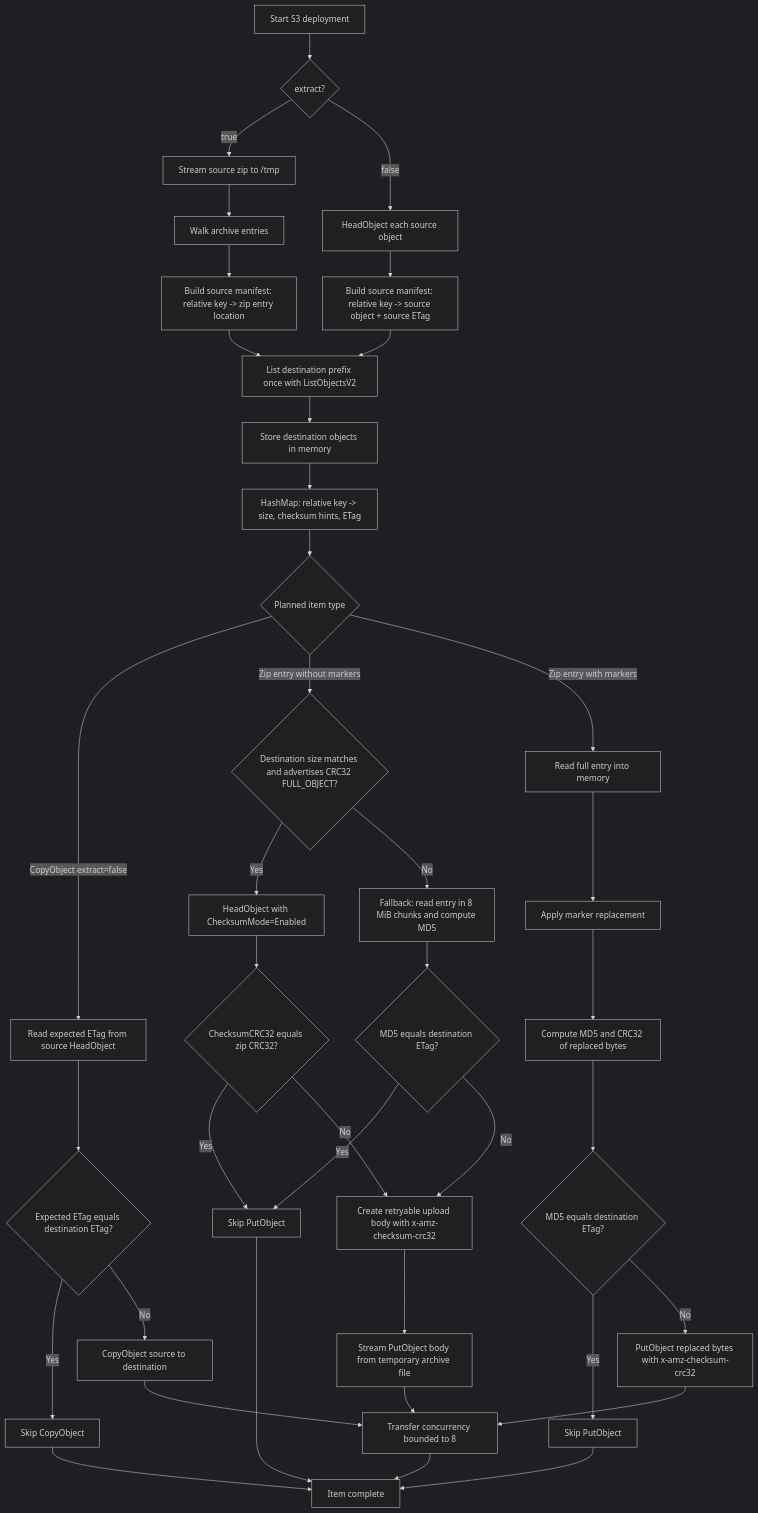
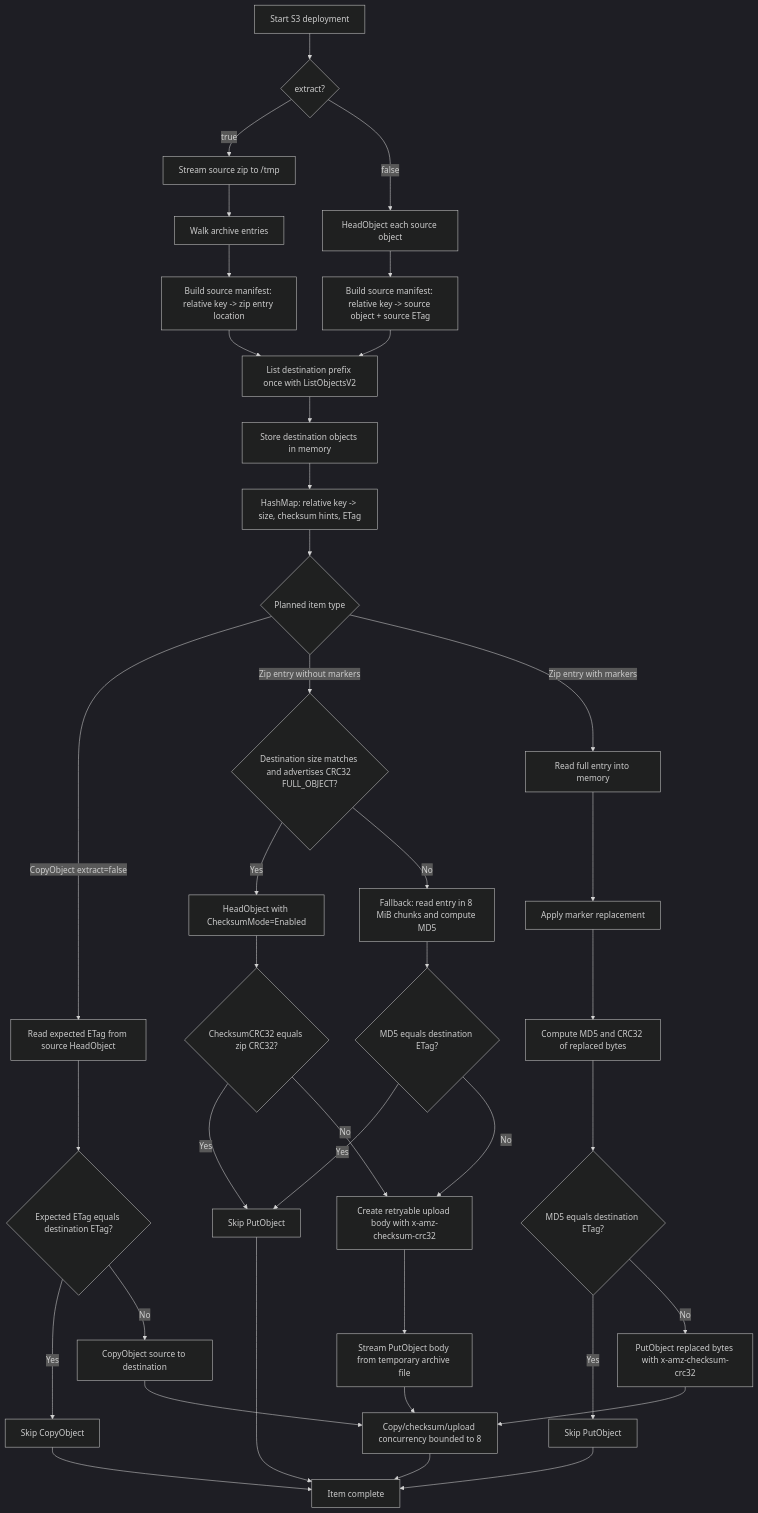
Before and after one commit to garysassano/shin-bucket-deployment: the fourth of 4 diagrams in docs/lambda-workflow.md, drawn with Mermaid (dark theme). The commit also changed other lines of this file and 3 other files, not shown here.

Commit message:
feat: use CRC32 checksums in bounded transfer pool

````diff
--- a/docs/lambda-workflow.md
+++ b/docs/lambda-workflow.md
@@ -174,48 +174,48 @@
 ```mermaid
 flowchart TD
   A["Start S3 deployment"] --> B{"extract?"}
 
   B -->|true| C["Stream source zip to /tmp"]
   C --> D["Walk archive entries"]
   D --> E["Build source manifest: relative key -> zip entry location"]
 
   B -->|false| F["HeadObject each source object"]
   F --> G["Build source manifest: relative key -> source object + source ETag"]
 
   E --> H["List destination prefix once with ListObjectsV2"]
   G --> H
   H --> I["Store destination objects in memory"]
   I --> J["HashMap: relative key -> size, checksum hints, ETag"]
   J --> K{"Planned item type"}
 
   K -->|CopyObject extract=false| L["Read expected ETag from source HeadObject"]
   L --> M{"Expected ETag equals destination ETag?"}
   M -->|Yes| N["Skip CopyObject"]
   M -->|No| O["CopyObject source to destination"]
 
   K -->|Zip entry without markers| P{"Destination size matches and advertises CRC32 FULL_OBJECT?"}
   P -->|Yes| Q["HeadObject with ChecksumMode=Enabled"]
   Q --> R{"ChecksumCRC32 equals zip CRC32?"}
   R -->|Yes| T["Skip PutObject"]
   R -->|No| U["Create retryable upload body with x-amz-checksum-crc32"]
   P -->|No| V["Fallback: read entry in 8 MiB chunks and compute MD5"]
   V --> W{"MD5 equals destination ETag?"}
   W -->|Yes| T
   W -->|No| U
   U --> X["Stream PutObject body from temporary archive file"]
 
   K -->|Zip entry with markers| Y["Read full entry into memory"]
   Y --> Z["Apply marker replacement"]
   Z --> AA["Compute MD5 and CRC32 of replaced bytes"]
   AA --> AB{"MD5 equals destination ETag?"}
   AB -->|Yes| AC["Skip PutObject"]
   AB -->|No| AD["PutObject replaced bytes with x-amz-checksum-crc32"]
 
-  O --> AE["Transfer concurrency bounded to 8"]
+  O --> AE["Copy/checksum/upload concurrency bounded to 8"]
   X --> AE
   AD --> AE
   N --> AF["Item complete"]
   T --> AF
   AC --> AF
   AE --> AF
 ```
````
